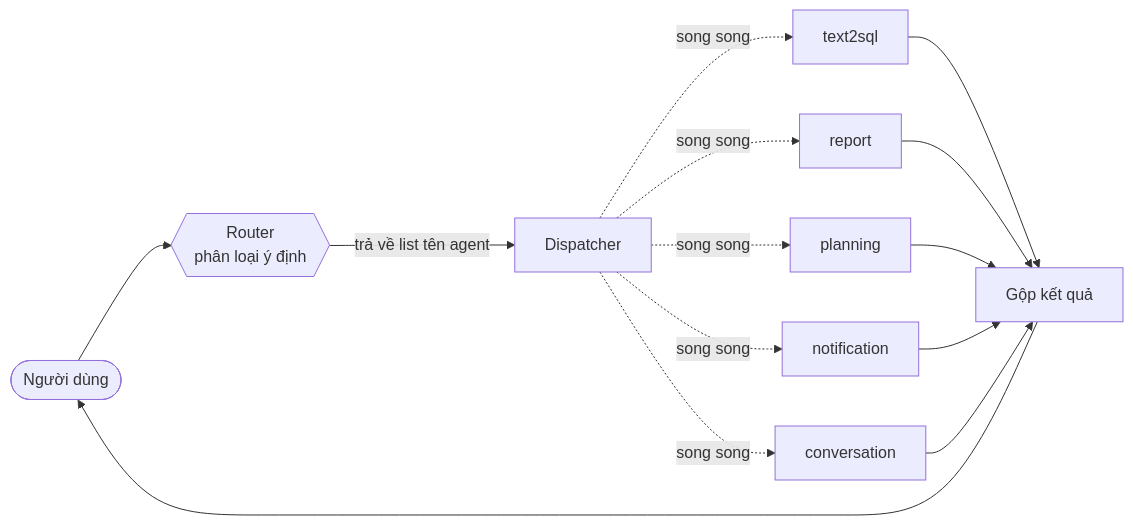
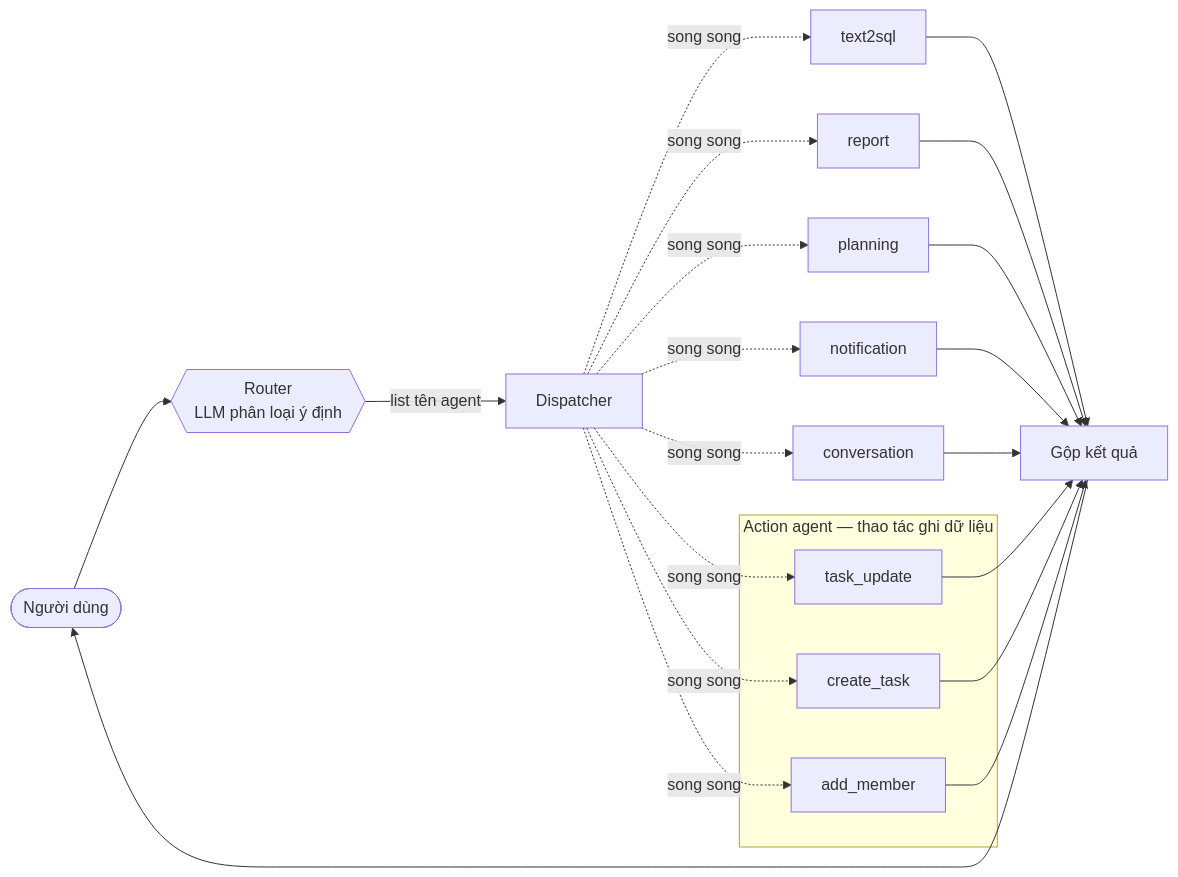
The first of 3 diagrams in README.md (dangtrantanluc/agent-project-manager), drawn with Mermaid before and after one commit. The commit also changed other lines of this file and 87 other files, not shown here.

````diff
--- a/README.md
+++ b/README.md
@@ -23,12 +43,21 @@
 ```mermaid
 flowchart LR
-    U([Người dùng]) --> R{{Router<br/>phân loại ý định}}
-    R -->|trả về list tên agent| D[Dispatcher]
+    U([Người dùng]) --> R{{Router<br/>LLM phân loại ý định}}
+    R -->|list tên agent| D[Dispatcher]
     D -.song song.-> A1[text2sql]
     D -.song song.-> A2[report]
     D -.song song.-> A3[planning]
     D -.song song.-> A4[notification]
-    D -.song song.-> A5[conversation]
-    A1 & A2 & A3 & A4 & A5 --> C[Gộp kết quả]
+    D -.song song.-> A8[conversation]
+    subgraph ACT[Action agent — thao tác ghi dữ liệu]
+        A5[task_update]
+        A6[create_task]
+        A7[add_member]
+    end
+    D -.song song.-> A5
+    D -.song song.-> A6
+    D -.song song.-> A7
+    A1 & A2 & A3 & A4 & A8 --> C[Gộp kết quả]
+    A5 & A6 & A7 --> C
     C --> U
 ```
````
